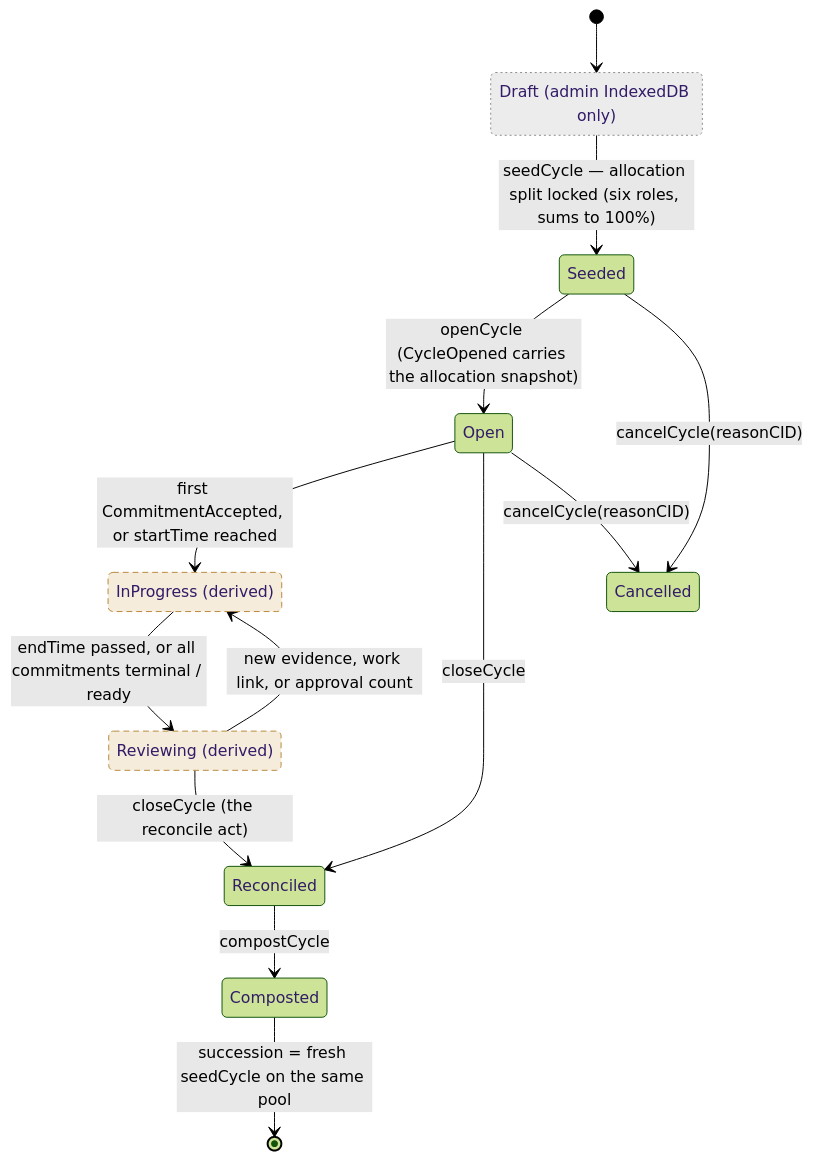
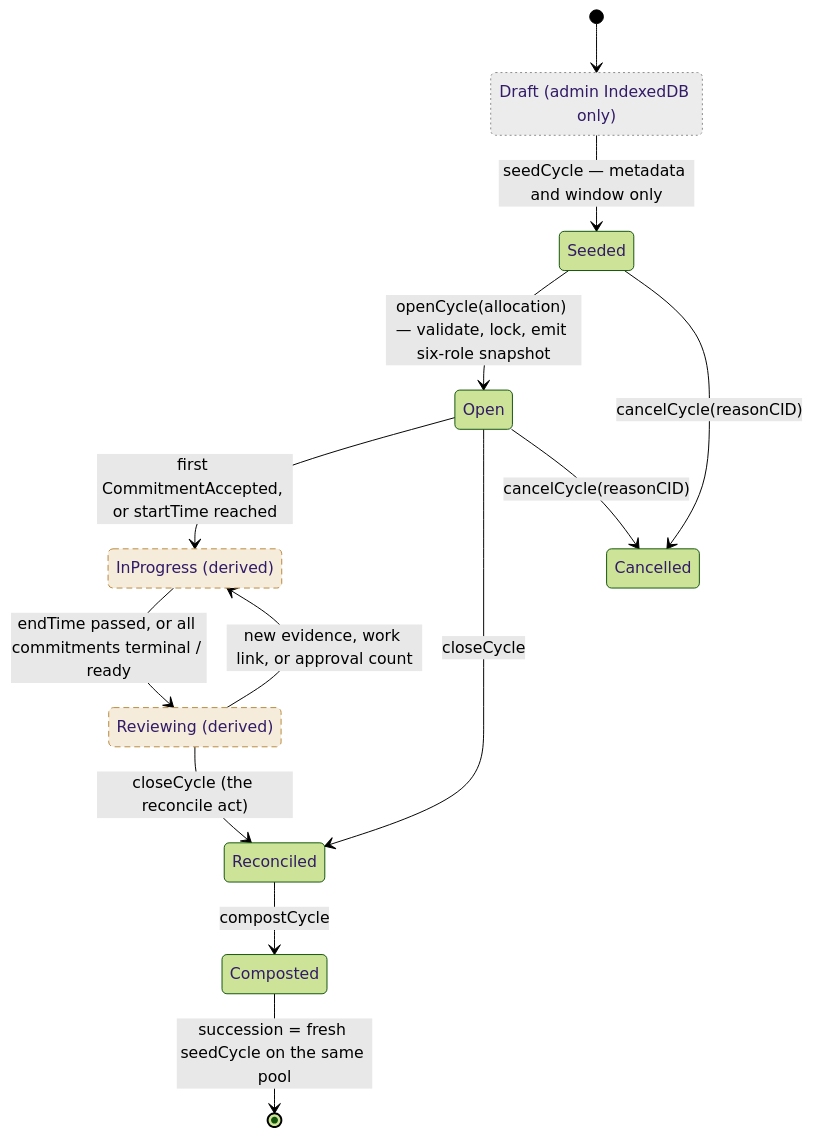
The sixth of 18 diagrams in .plans/active/commitment-pooling/diagrams.md (greenpill-dev-guild/green-goods), drawn with Mermaid (forest theme) before and after one commit. The commit also changed other lines of this file and 41 other files, not shown here.

Commit message:
refactor(shared,client): streamline commitment pooling flows

````diff
--- a/.plans/active/commitment-pooling/diagrams.md
+++ b/.plans/active/commitment-pooling/diagrams.md
@@ -321,26 +321,26 @@
 ```mermaid
 stateDiagram-v2
   classDef derived fill:#f6ecdc,stroke:#b98a3e,stroke-dasharray: 6 4
   classDef appOnly fill:#ececec,stroke:#8a8a8a,stroke-dasharray: 2 3
 
   Draft: Draft (admin IndexedDB only)
   InProgress: InProgress (derived)
   Reviewing: Reviewing (derived)
 
   [*] --> Draft
-  Draft --> Seeded : seedCycle — allocation split locked (six roles, sums to 100%)
-  Seeded --> Open : openCycle (CycleOpened carries the allocation snapshot)
+  Draft --> Seeded : seedCycle — metadata and window only
+  Seeded --> Open : openCycle(allocation) — validate, lock, emit six-role snapshot
   Open --> InProgress : first CommitmentAccepted, or startTime reached
   InProgress --> Reviewing : endTime passed, or all commitments terminal / ready
   Reviewing --> InProgress : new evidence, work link, or approval count
   Reviewing --> Reconciled : closeCycle (the reconcile act)
   Open --> Reconciled : closeCycle
   Reconciled --> Composted : compostCycle
   Seeded --> Cancelled : cancelCycle(reasonCID)
   Open --> Cancelled : cancelCycle(reasonCID)
   Composted --> [*] : succession = fresh seedCycle on the same pool
 
   class InProgress derived
   class Reviewing derived
   class Draft appOnly
 ```
````
